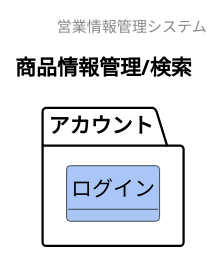
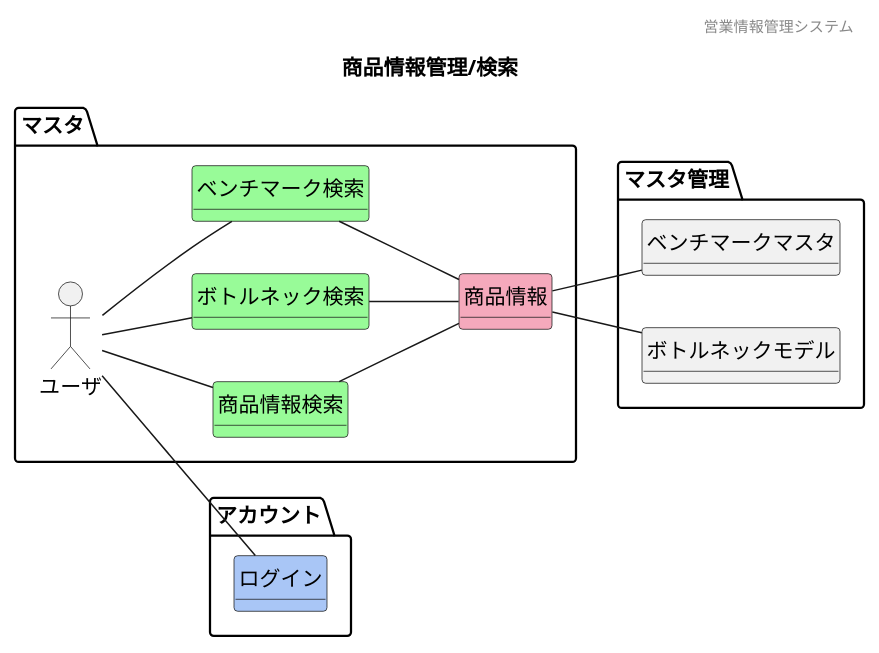
One commit to HaruShim/Sotuken changed the diagram in 各種設計書/1ドメインモデル図/商品情報管理/F08検索.plantuml. Above: the diagram before and after it, drawn with PlantUML. The commit also changed 13 other files, not shown here.

```diff
--- a/各種設計書/1ドメインモデル図/商品情報管理/F08検索.plantuml
+++ b/各種設計書/1ドメインモデル図/商品情報管理/F08検索.plantuml
@@ -1,19 +1,41 @@
 @startuml images/商品情報管理/検索
 ' ヘッダー
 header 営業情報管理システム
 ' タイトル
 title 商品情報管理/検索
 ' 
 hide circle
 ' 
 hide method
 left to right direction
 
 package "アカウント"{
     class "ログイン" #A9C6F6
 }
+package "マスタ"{
+'ユーザや外部システム
+    mix_actor "ユーザ"
+    class "商品情報検索" #98fb98
+    class "ボトルネック検索" #98fb98
+    class "ベンチマーク検索" #98fb98
+    class "商品情報" #F5A9BC
+}
+    package "マスタ管理"{
+        class "ベンチマークマスタ"
+        class "ボトルネックモデル"
+        }
+    ' class "" #F5A9BC
+    ' class "" #ffd700
 
-
-
-
+'モデル同士の関係
+    ユーザ -- 商品情報検索
+    ユーザ -- ボトルネック検索
+    ユーザ -- ベンチマーク検索
+    ユーザ -- ログイン
+    商品情報検索 -- 商品情報
+    ボトルネック検索 -- 商品情報
+    ベンチマーク検索 -- 商品情報
+    商品情報 -- ボトルネックモデル
+    商品情報 -- ベンチマークマスタ
+    
 @enduml
```
